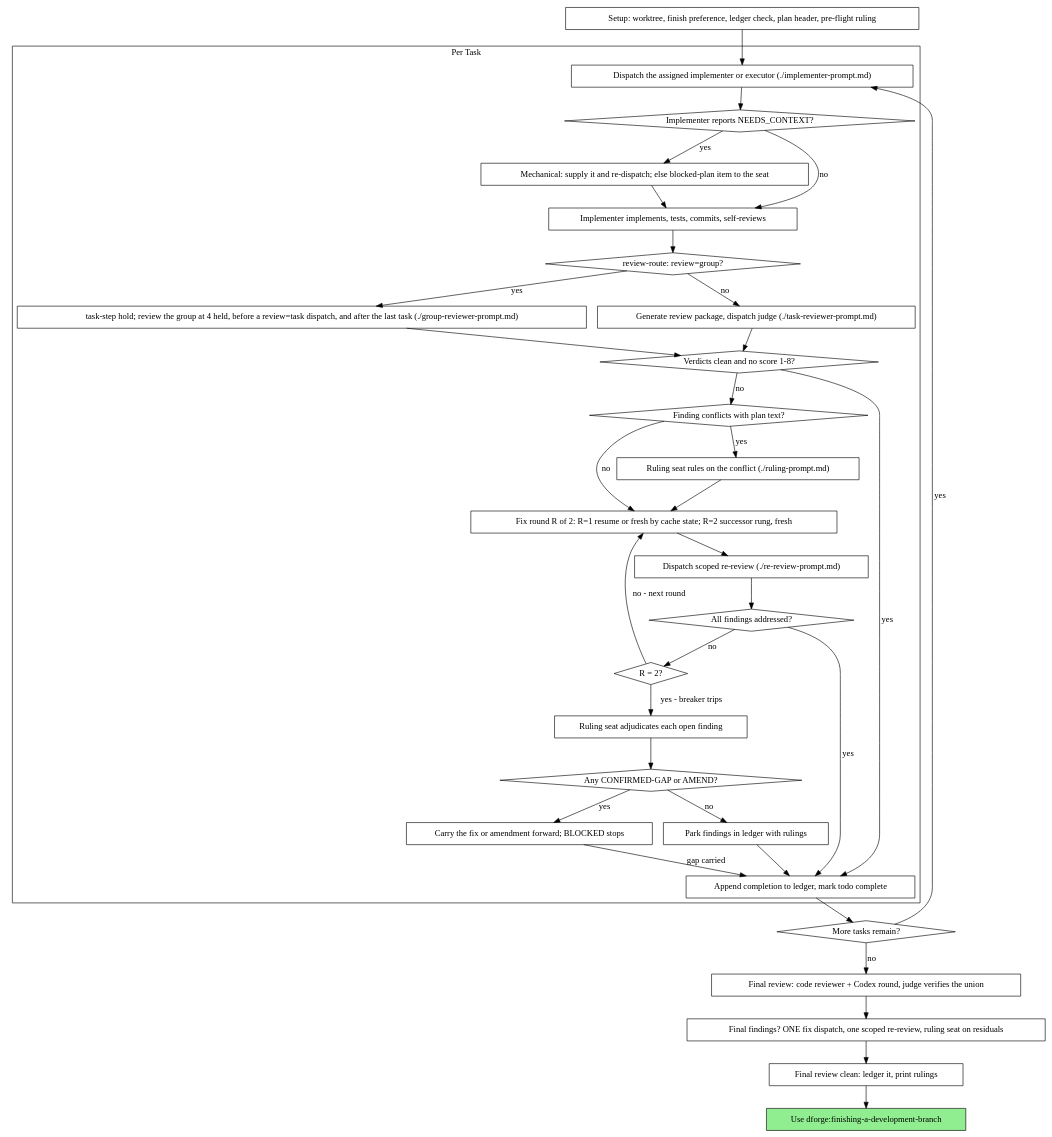
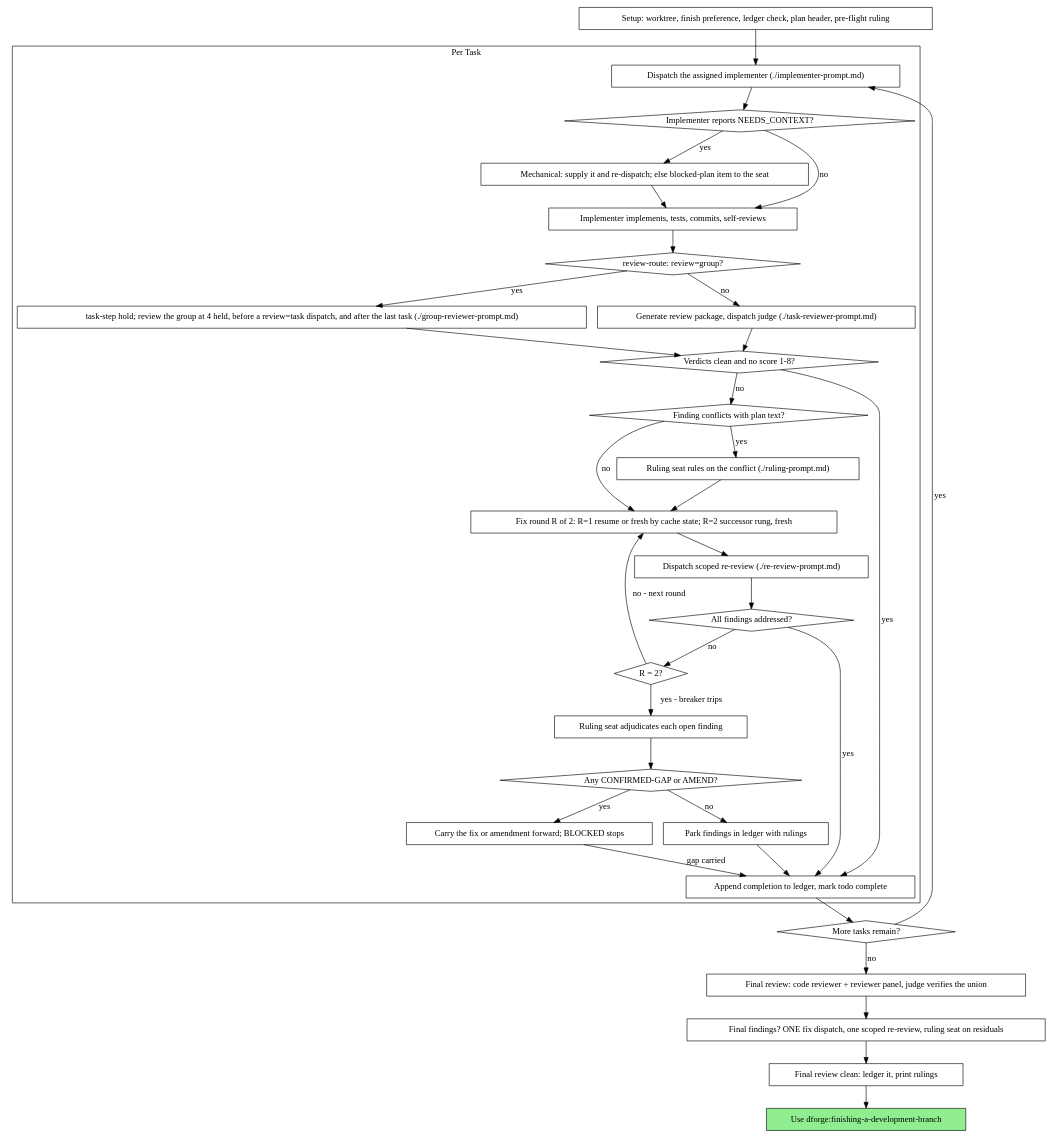
The diagram in plugins/dforge/skills/subagent-driven-development/references/process-graph.md (darkraise/darkraise-ai-plugins), drawn with Graphviz before and after one commit. The commit also changed 21 other files, not shown here.

````diff
--- a/plugins/dforge/skills/subagent-driven-development/references/process-graph.md
+++ b/plugins/dforge/skills/subagent-driven-development/references/process-graph.md
@@ -3,68 +3,68 @@
 ```dot
 digraph process {
     rankdir=TB;
 
     subgraph cluster_per_task {
         label="Per Task";
-        "Dispatch the assigned implementer or executor (./implementer-prompt.md)" [shape=box];
+        "Dispatch the assigned implementer (./implementer-prompt.md)" [shape=box];
         "Implementer reports NEEDS_CONTEXT?" [shape=diamond];
         "Mechanical: supply it and re-dispatch; else blocked-plan item to the seat" [shape=box];
         "Implementer implements, tests, commits, self-reviews" [shape=box];
         "review-route: review=group?" [shape=diamond];
         "task-step hold; review the group at 4 held, before a review=task dispatch, and after the last task (./group-reviewer-prompt.md)" [shape=box];
         "Generate review package, dispatch judge (./task-reviewer-prompt.md)" [shape=box];
         "Verdicts clean and no score 1-8?" [shape=diamond];
         "Finding conflicts with plan text?" [shape=diamond];
         "Ruling seat rules on the conflict (./ruling-prompt.md)" [shape=box];
         "Fix round R of 2: R=1 resume or fresh by cache state; R=2 successor rung, fresh" [shape=box];
         "Dispatch scoped re-review (./re-review-prompt.md)" [shape=box];
         "All findings addressed?" [shape=diamond];
         "R = 2?" [shape=diamond];
         "Ruling seat adjudicates each open finding" [shape=box];
         "Any CONFIRMED-GAP or AMEND?" [shape=diamond];
         "Carry the fix or amendment forward; BLOCKED stops" [shape=box];
         "Park findings in ledger with rulings" [shape=box];
         "Append completion to ledger, mark todo complete" [shape=box];
     }
 
     "Setup: worktree, finish preference, ledger check, plan header, pre-flight ruling" [shape=box];
     "More tasks remain?" [shape=diamond];
-    "Final review: code reviewer + Codex round, judge verifies the union" [shape=box];
+    "Final review: code reviewer + reviewer panel, judge verifies the union" [shape=box];
     "Final findings? ONE fix dispatch, one scoped re-review, ruling seat on residuals" [shape=box];
     "Final review clean: ledger it, print rulings" [shape=box];
     "Use dforge:finishing-a-development-branch" [shape=box style=filled fillcolor=lightgreen];
 
-    "Setup: worktree, finish preference, ledger check, plan header, pre-flight ruling" -> "Dispatch the assigned implementer or executor (./implementer-prompt.md)";
-    "Dispatch the assigned implementer or executor (./implementer-prompt.md)" -> "Implementer reports NEEDS_CONTEXT?";
+    "Setup: worktree, finish preference, ledger check, plan header, pre-flight ruling" -> "Dispatch the assigned implementer (./implementer-prompt.md)";
+    "Dispatch the assigned implementer (./implementer-prompt.md)" -> "Implementer reports NEEDS_CONTEXT?";
     "Implementer reports NEEDS_CONTEXT?" -> "Mechanical: supply it and re-dispatch; else blocked-plan item to the seat" [label="yes"];
     "Mechanical: supply it and re-dispatch; else blocked-plan item to the seat" -> "Implementer implements, tests, commits, self-reviews";
     "Implementer reports NEEDS_CONTEXT?" -> "Implementer implements, tests, commits, self-reviews" [label="no"];
     "Implementer implements, tests, commits, self-reviews" -> "review-route: review=group?";
     "review-route: review=group?" -> "Generate review package, dispatch judge (./task-reviewer-prompt.md)" [label="no"];
     "review-route: review=group?" -> "task-step hold; review the group at 4 held, before a review=task dispatch, and after the last task (./group-reviewer-prompt.md)" [label="yes"];
     "task-step hold; review the group at 4 held, before a review=task dispatch, and after the last task (./group-reviewer-prompt.md)" -> "Verdicts clean and no score 1-8?";
     "Generate review package, dispatch judge (./task-reviewer-prompt.md)" -> "Verdicts clean and no score 1-8?";
     "Verdicts clean and no score 1-8?" -> "Append completion to ledger, mark todo complete" [label="yes"];
     "Verdicts clean and no score 1-8?" -> "Finding conflicts with plan text?" [label="no"];
     "Finding conflicts with plan text?" -> "Ruling seat rules on the conflict (./ruling-prompt.md)" [label="yes"];
     "Ruling seat rules on the conflict (./ruling-prompt.md)" -> "Fix round R of 2: R=1 resume or fresh by cache state; R=2 successor rung, fresh";
     "Finding conflicts with plan text?" -> "Fix round R of 2: R=1 resume or fresh by cache state; R=2 successor rung, fresh" [label="no"];
     "Fix round R of 2: R=1 resume or fresh by cache state; R=2 successor rung, fresh" -> "Dispatch scoped re-review (./re-review-prompt.md)";
     "Dispatch scoped re-review (./re-review-prompt.md)" -> "All findings addressed?";
     "All findings addressed?" -> "Append completion to ledger, mark todo complete" [label="yes"];
     "All findings addressed?" -> "R = 2?" [label="no"];
     "R = 2?" -> "Fix round R of 2: R=1 resume or fresh by cache state; R=2 successor rung, fresh" [label="no - next round"];
     "R = 2?" -> "Ruling seat adjudicates each open finding" [label="yes - breaker trips"];
     "Ruling seat adjudicates each open finding" -> "Any CONFIRMED-GAP or AMEND?";
     "Any CONFIRMED-GAP or AMEND?" -> "Carry the fix or amendment forward; BLOCKED stops" [label="yes"];
     "Carry the fix or amendment forward; BLOCKED stops" -> "Append completion to ledger, mark todo complete" [label="gap carried"];
     "Any CONFIRMED-GAP or AMEND?" -> "Park findings in ledger with rulings" [label="no"];
     "Park findings in ledger with rulings" -> "Append completion to ledger, mark todo complete";
     "Append completion to ledger, mark todo complete" -> "More tasks remain?";
-    "More tasks remain?" -> "Dispatch the assigned implementer or executor (./implementer-prompt.md)" [label="yes"];
-    "More tasks remain?" -> "Final review: code reviewer + Codex round, judge verifies the union" [label="no"];
-    "Final review: code reviewer + Codex round, judge verifies the union" -> "Final findings? ONE fix dispatch, one scoped re-review, ruling seat on residuals";
+    "More tasks remain?" -> "Dispatch the assigned implementer (./implementer-prompt.md)" [label="yes"];
+    "More tasks remain?" -> "Final review: code reviewer + reviewer panel, judge verifies the union" [label="no"];
+    "Final review: code reviewer + reviewer panel, judge verifies the union" -> "Final findings? ONE fix dispatch, one scoped re-review, ruling seat on residuals";
     "Final findings? ONE fix dispatch, one scoped re-review, ruling seat on residuals" -> "Final review clean: ledger it, print rulings";
     "Final review clean: ledger it, print rulings" -> "Use dforge:finishing-a-development-branch";
 }
 ```
````
